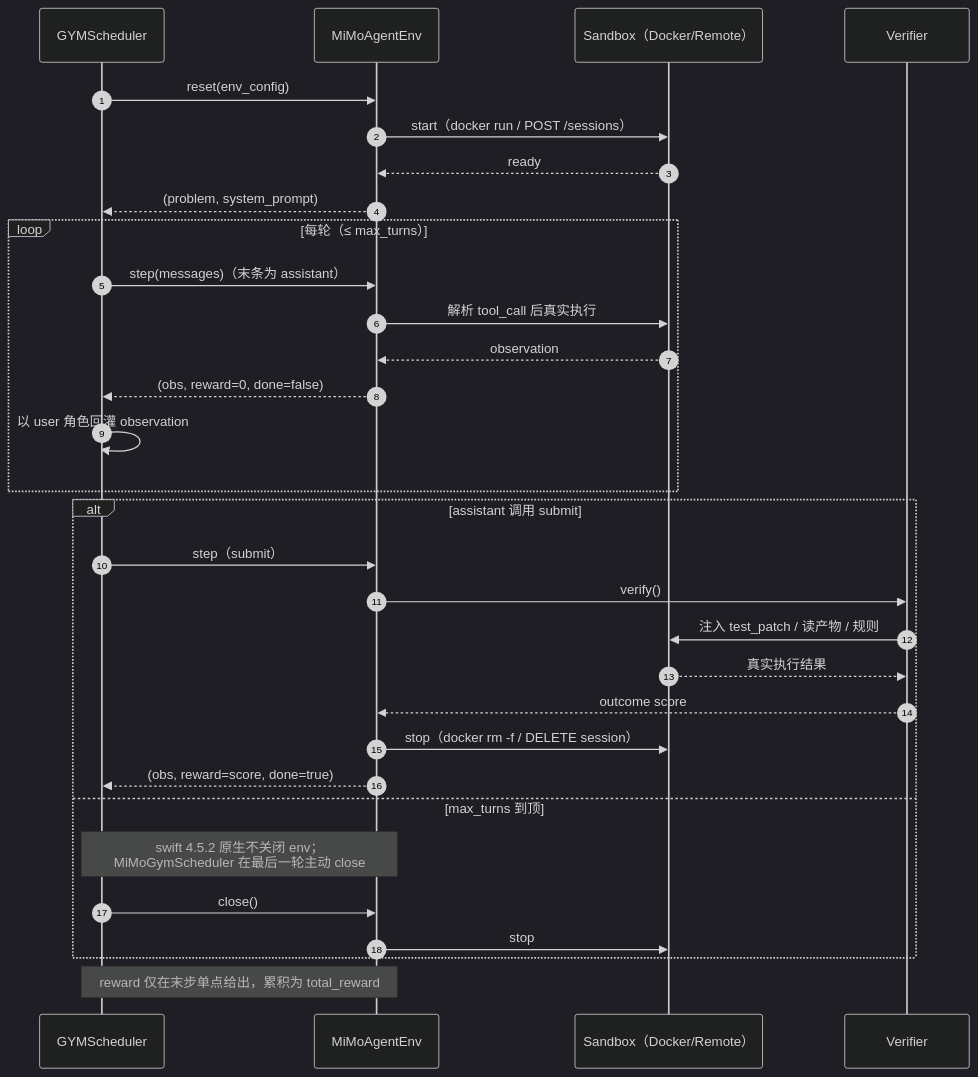
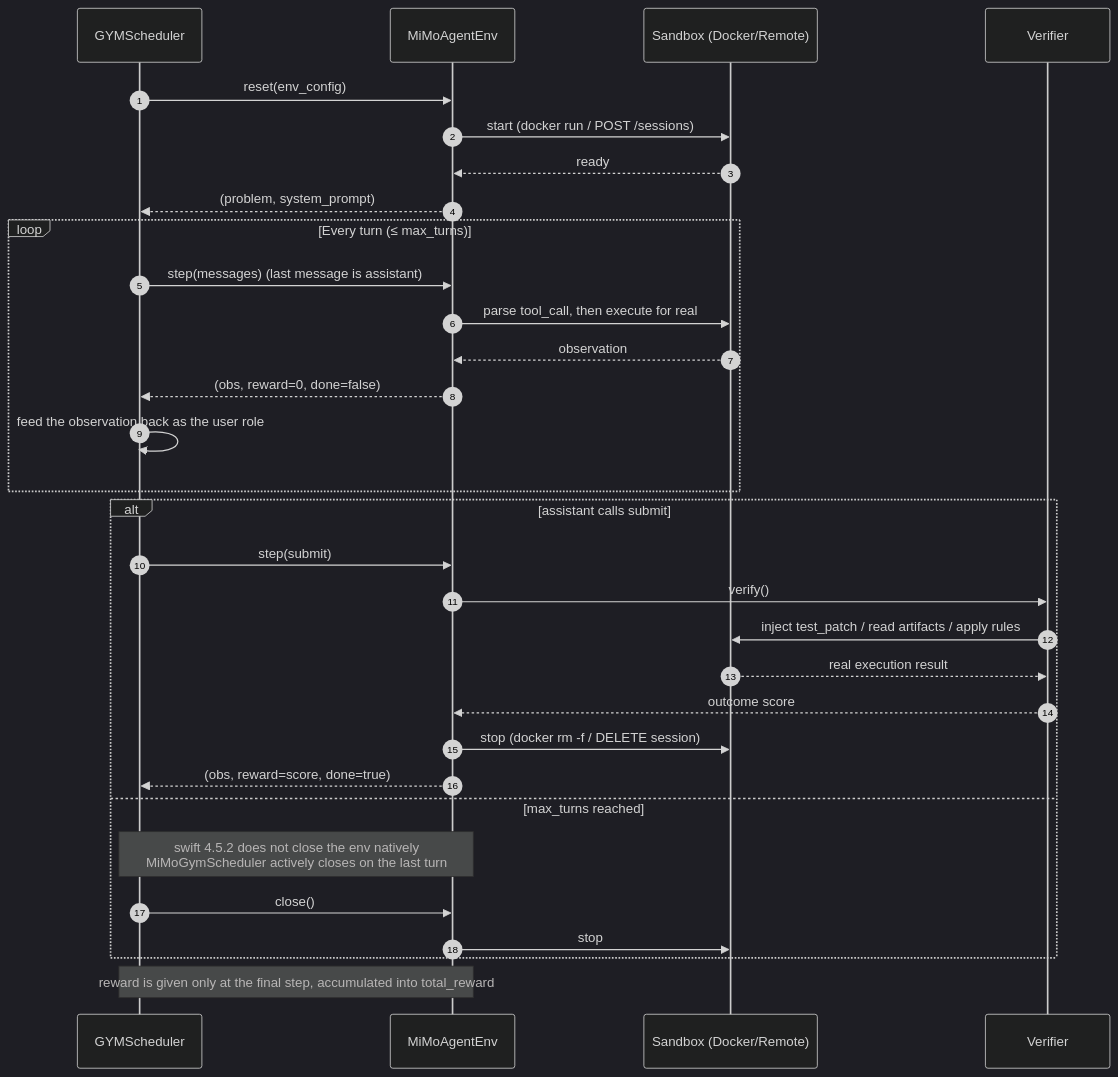
The second of 3 diagrams in README.md (jerry1993-tech/mimo-agent-grpo-swift), drawn with Mermaid (dark theme) before and after one commit. The commit also changed other lines of this file and 1 other file, not shown here.

````diff
--- a/README.md
+++ b/README.md
@@ -74,37 +86,37 @@
 ```mermaid
 sequenceDiagram
     autonumber
     participant T as GYMScheduler
     participant E as MiMoAgentEnv
-    participant B as Sandbox（Docker/Remote）
+    participant B as Sandbox (Docker/Remote)
     participant V as Verifier
 
     T->>E: reset(env_config)
-    E->>B: start（docker run / POST /sessions）
+    E->>B: start (docker run / POST /sessions)
     B-->>E: ready
     E-->>T: (problem, system_prompt)
 
-    loop 每轮（≤ max_turns）
-        T->>E: step(messages)（末条为 assistant）
-        E->>B: 解析 tool_call 后真实执行
+    loop Every turn (≤ max_turns)
+        T->>E: step(messages) (last message is assistant)
+        E->>B: parse tool_call, then execute for real
         B-->>E: observation
         E-->>T: (obs, reward=0, done=false)
-        T->>T: 以 user 角色回灌 observation
+        T->>T: feed the observation back as the user role
     end
 
-    alt assistant 调用 submit
-        T->>E: step（submit）
+    alt assistant calls submit
+        T->>E: step(submit)
         E->>V: verify()
-        V->>B: 注入 test_patch / 读产物 / 规则
-        B-->>V: 真实执行结果
+        V->>B: inject test_patch / read artifacts / apply rules
+        B-->>V: real execution result
         V-->>E: outcome score
-        E->>B: stop（docker rm -f / DELETE session）
+        E->>B: stop (docker rm -f / DELETE session)
         E-->>T: (obs, reward=score, done=true)
-    else max_turns 到顶
-        Note over T,E: swift 4.5.2 原生不关闭 env；<br/>MiMoGymScheduler 在最后一轮主动 close
+    else max_turns reached
+        Note over T,E: swift 4.5.2 does not close the env natively<br/>MiMoGymScheduler actively closes on the last turn
         T->>E: close()
         E->>B: stop
     end
 
-    Note over T,E: reward 仅在末步单点给出，累积为 total_reward
+    Note over T,E: reward is given only at the final step, accumulated into total_reward
 ```
````
